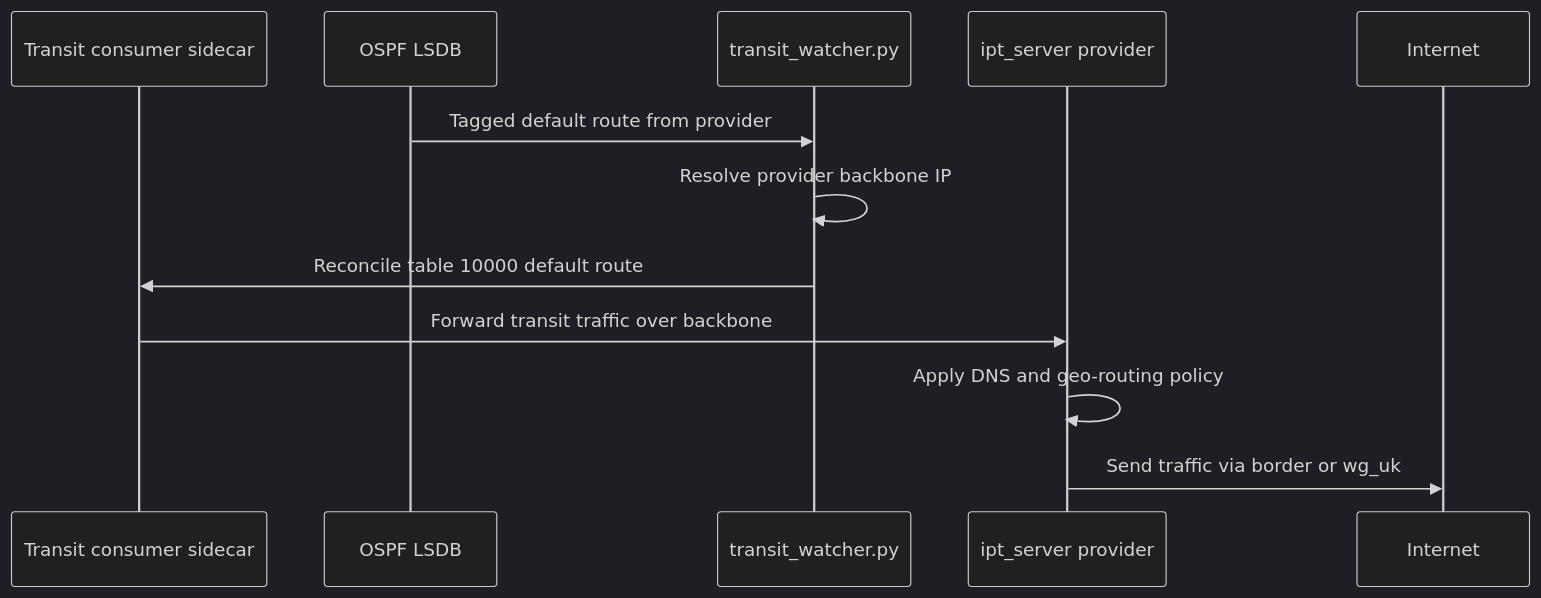
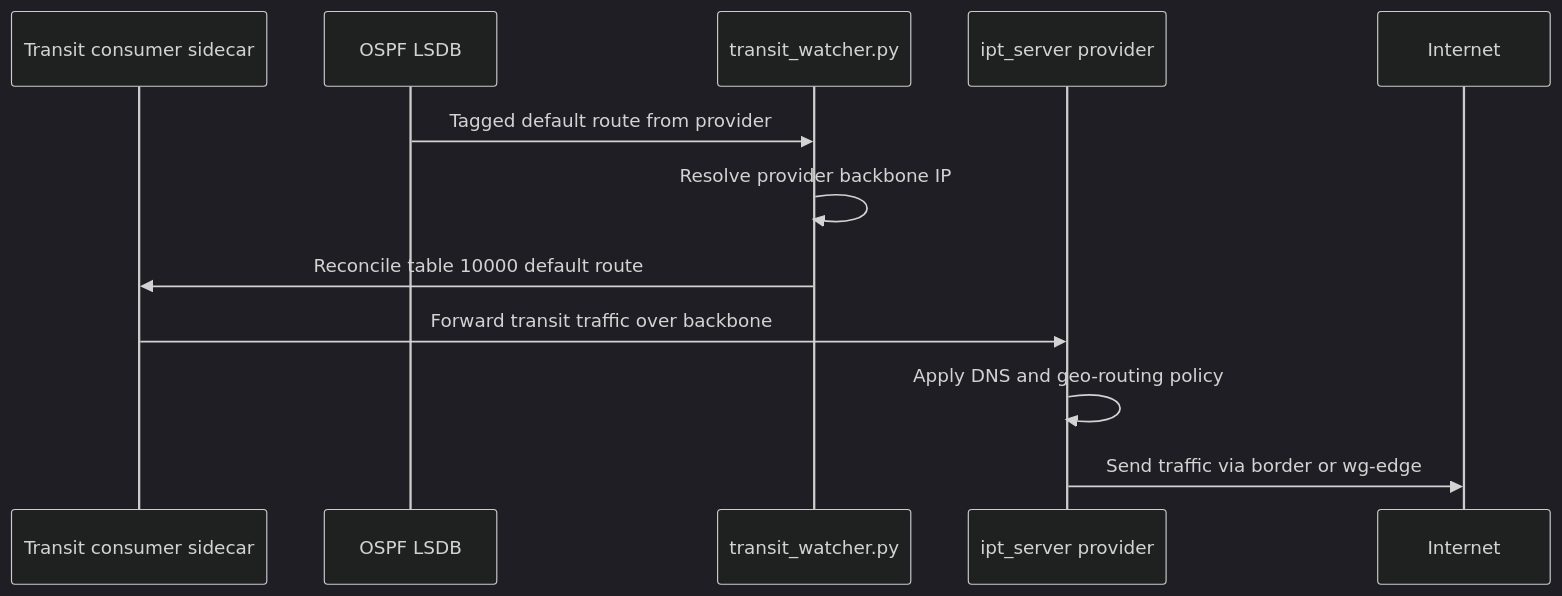
The second of 2 diagrams in roles/backbone_network/files/ospf_injector/frr_injector/transit.md (AlexMKX/garuda), drawn with Mermaid (dark theme) before and after one commit. The commit also changed other lines of this file and 18 other files, not shown here.

````diff
--- a/roles/backbone_network/files/ospf_injector/frr_injector/transit.md
+++ b/roles/backbone_network/files/ospf_injector/frr_injector/transit.md
@@ -199,14 +195,14 @@
 ```mermaid
 sequenceDiagram
     participant C as Transit consumer sidecar
     participant O as OSPF LSDB
     participant W as transit_watcher.py
     participant P as ipt_server provider
 
     O->>W: Tagged default route from provider
     W->>W: Resolve provider backbone IP
     W->>C: Reconcile table 10000 default route
     C->>P: Forward transit traffic over backbone
     P->>P: Apply DNS and geo-routing policy
-    P->>Internet: Send traffic via border or wg_uk
+    P->>Internet: Send traffic via border or wg-edge
 ```
````
